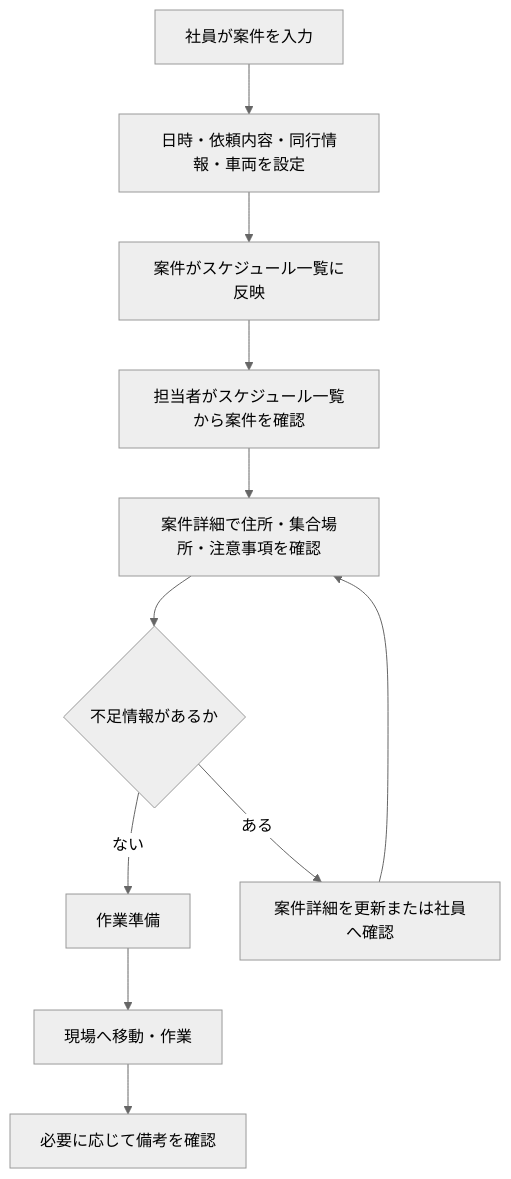
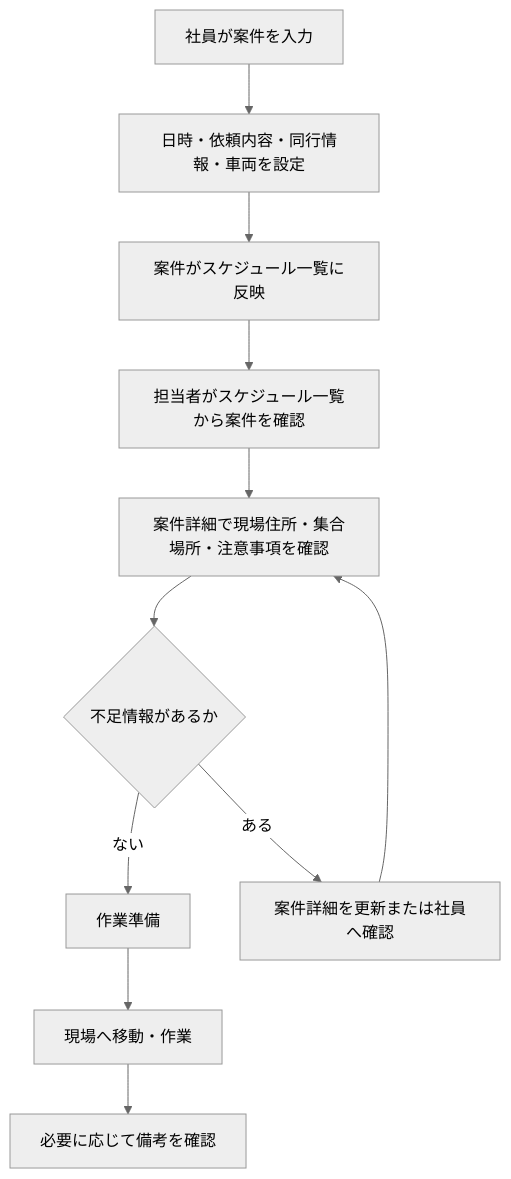
One commit to yuya-dev-dev/schedule-system changed the second of 2 diagrams in docs/business-flow.md. Above: the diagram before and after it, drawn with Mermaid (neutral theme). The commit also changed other lines of this file and 4 other files, not shown here.

````diff
--- a/docs/business-flow.md
+++ b/docs/business-flow.md
@@ -34,13 +34,13 @@
 ```mermaid
 flowchart TD
     A["社員が案件を入力"] --> B["日時・依頼内容・同行情報・車両を設定"]
     B --> C["案件がスケジュール一覧に反映"]
     C --> D["担当者がスケジュール一覧から案件を確認"]
-    D --> E["案件詳細で住所・集合場所・注意事項を確認"]
+    D --> E["案件詳細で現場住所・集合場所・注意事項を確認"]
     E --> F{"不足情報があるか"}
     F -- "ない" --> G["作業準備"]
     F -- "ある" --> H["案件詳細を更新または社員へ確認"]
     H --> E
     G --> I["現場へ移動・作業"]
     I --> J["必要に応じて備考を確認"]
 ```
````
